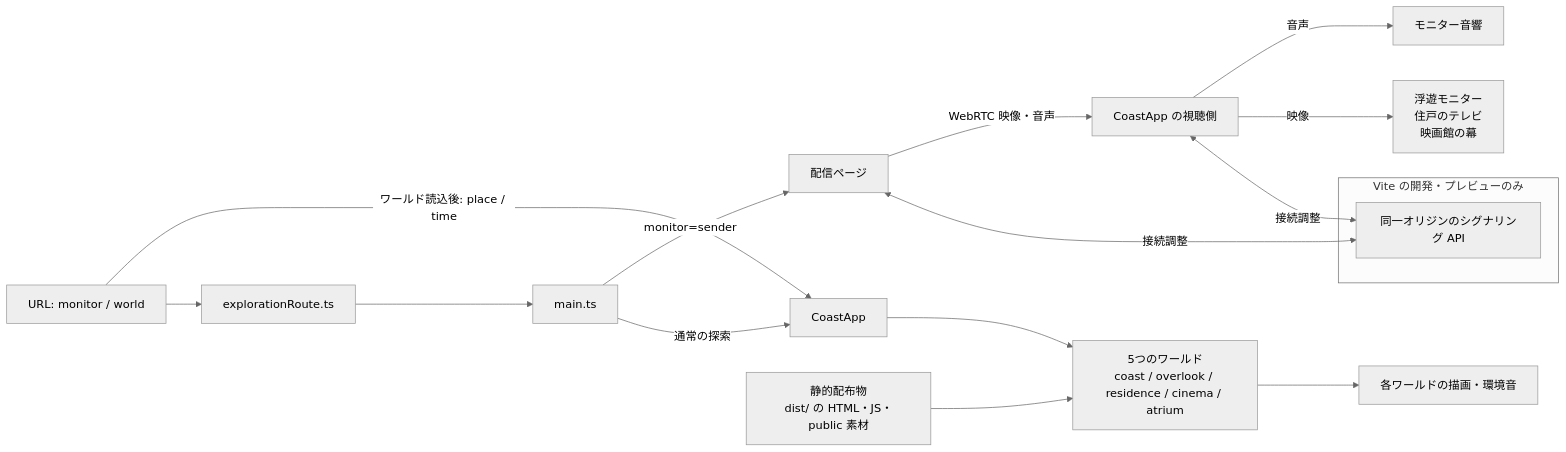
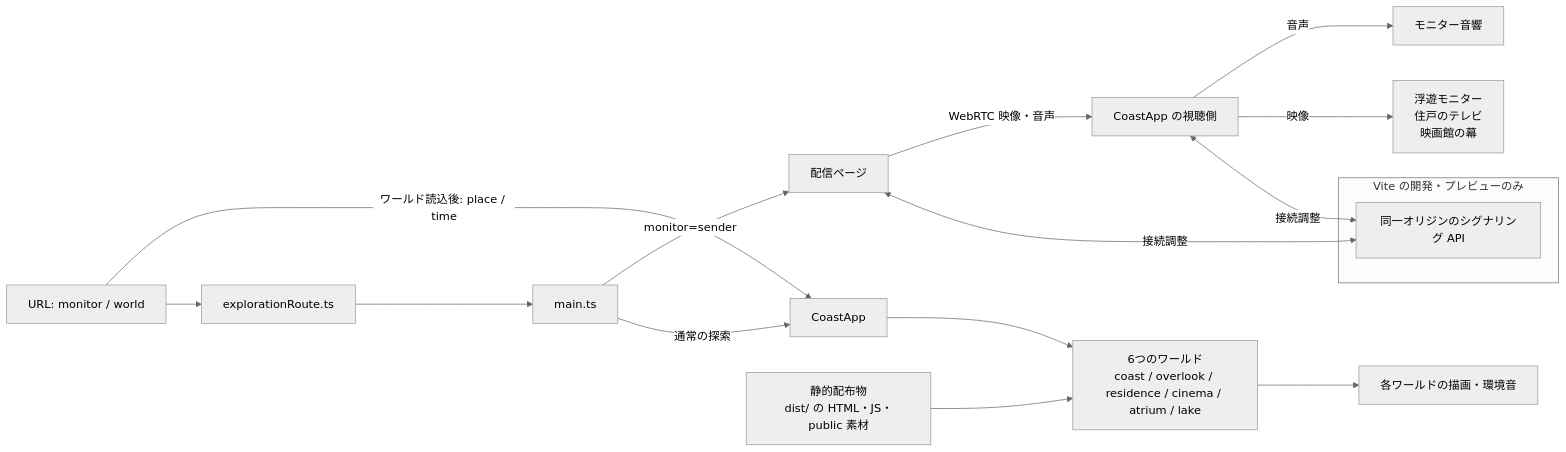
The diagram in docs/architecture.md (stillshore-chirp/lumen-pilgrimage), drawn with Mermaid (neutral theme) before and after one commit. The commit also changed 13 other files, not shown here.

````diff
--- a/docs/architecture.md
+++ b/docs/architecture.md
@@ -14,20 +14,20 @@
 ```mermaid
 flowchart LR
   url["URL: monitor / world"] --> route["explorationRoute.ts"]
   route --> main["main.ts"]
   main -->|通常の探索| app["CoastApp"]
   url -->|ワールド読込後: place / time| app
   main -->|monitor=sender| sender["配信ページ"]
-  assets["静的配布物<br/>dist/ の HTML・JS・public 素材"] --> worlds["5つのワールド<br/>coast / overlook / residence / cinema / atrium"]
+  assets["静的配布物<br/>dist/ の HTML・JS・public 素材"] --> worlds["6つのワールド<br/>coast / overlook / residence / cinema / atrium / lake"]
   app --> worlds
   worlds --> scene["各ワールドの描画・環境音"]
 
   subgraph viteOnly["Vite の開発・プレビューのみ"]
     signaling["同一オリジンのシグナリング API"]
   end
   sender <-->|接続調整| signaling
   viewer["CoastApp の視聴側"] <-->|接続調整| signaling
   sender -->|WebRTC 映像・音声| viewer
   viewer -->|映像| displays["浮遊モニター<br/>住戸のテレビ<br/>映画館の幕"]
   viewer -->|音声| monitorAudio["モニター音響"]
 ```
````
